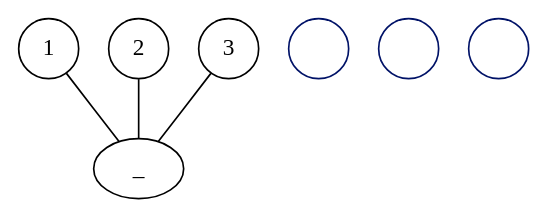
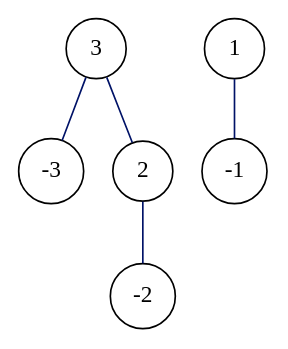
The diagram in img/diagram_test.dot (Adrien-No/partition-algebra), drawn with Graphviz before and after one commit. The commit also changed 7 other files, not shown here.

Commit message:
draw: simple but precise printing of diagram as image

```diff
--- a/img/diagram_test.dot
+++ b/img/diagram_test.dot
@@ -1,15 +1,15 @@
 graph G {
-  pagedir=LR;
-  1 [pos="1.000000,1.000000", shape=circle, ];
-  2 [pos="2.000000,1.000000", shape=circle, ];
-  3 [pos="3.000000,1.000000", shape=circle, ];
-  _-3 [pos="-3.000000,0.000000", shape=circle, ];
-  _-2 [pos="-2.000000,0.000000", shape=circle, ];
-  _-1 [pos="-1.000000,0.000000", shape=circle, ];
+  -3 [pos="3.000000,0.000000!", shape=circle, ];
+  -2 [pos="2.000000,0.000000!", shape=circle, ];
+  -1 [pos="1.000000,0.000000!", shape=circle, ];
+  1 [pos="1.000000,1.000000!", shape=circle, ];
+  2 [pos="2.000000,1.000000!", shape=circle, ];
+  3 [pos="3.000000,1.000000!", shape=circle, ];
   
   
-  1 -- _-1 [color="#001267", label="", ];
-  2 -- _-2 [color="#001267", label="", ];
-  3 -- _-3 [color="#001267", label="", ];
+  1 -- -1 [color="#001267", label="", ];
+  2 -- -2 [color="#001267", label="", ];
+  3 -- -3 [color="#001267", label="", ];
+  3 -- 2 [color="#001267", label="", ];
   
   }
```
